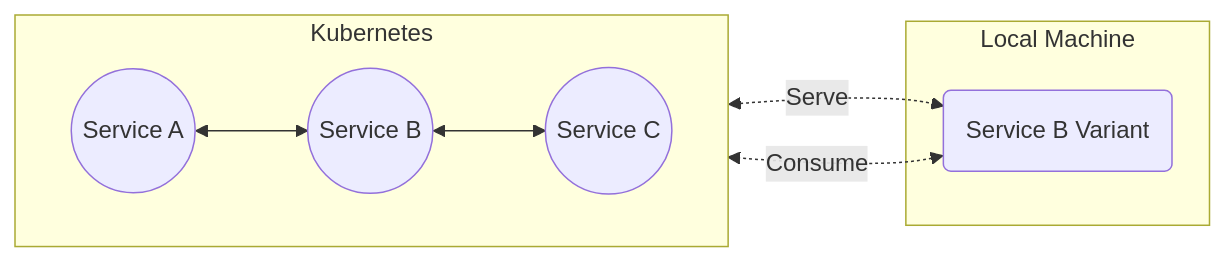
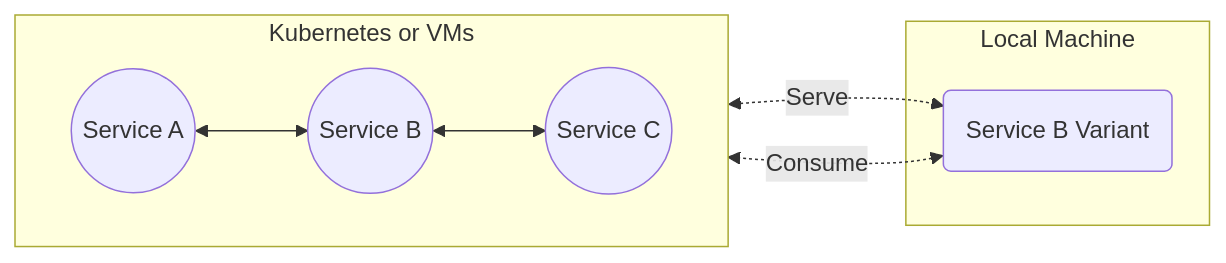
Before and after one commit to c6o/docs: the second of 2 diagrams in docs/overview.md, drawn with Mermaid. The commit also changed other lines of this file, not shown here.

````diff
--- a/docs/overview.md
+++ b/docs/overview.md
@@ -33,13 +40,13 @@
 ```mermaid
 flowchart LR
-    subgraph Kubernetes
+    subgraph Kubernetes or VMs
     direction LR
     Frontend((Service A)) <--> Core
     Core((Service B)) <--> Database((Service C))
     end
 
     subgraph Local Machine
     Frontend <-.-> |Serve|Local-Core
      Local-Core(Service B Variant) <-.-> |Consume| Database
     end
 ```
````
